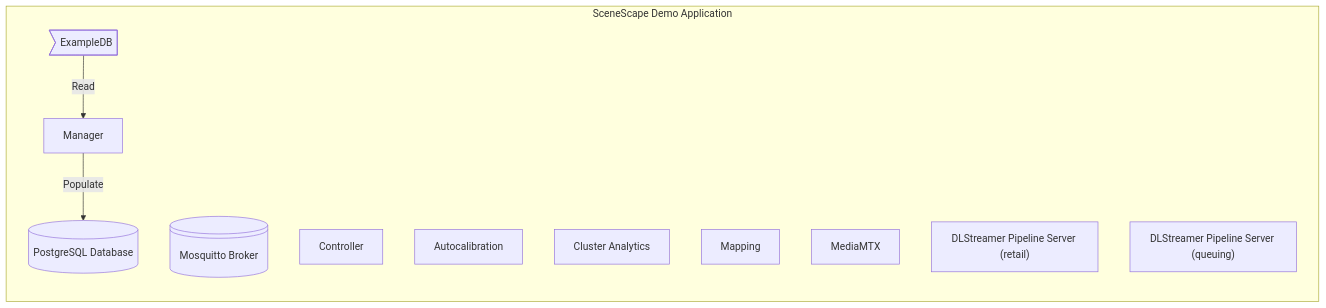
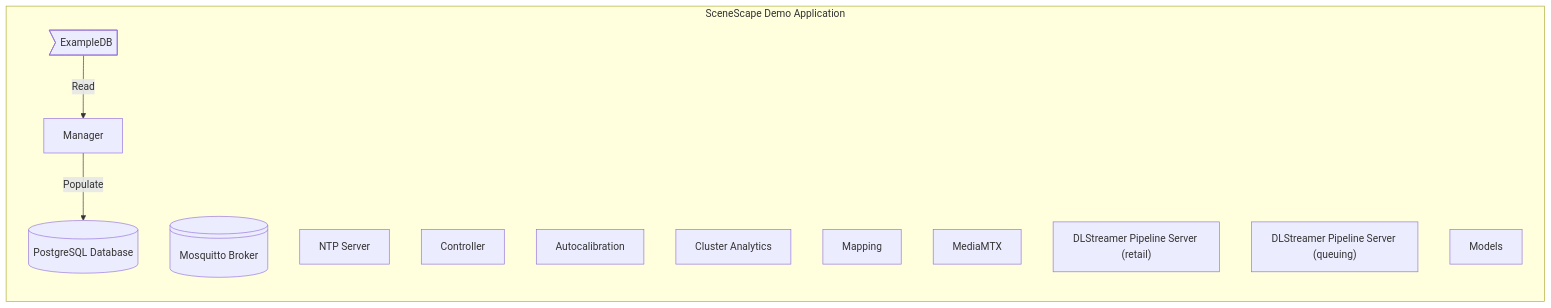
One commit to open-edge-platform/scenescape changed the first of 2 diagrams in docs/design/core-senescape-deployment-package.md. Above: the diagram before and after it, drawn with Mermaid. The commit also changed other lines of this file, not shown here.

Commit message:
added components

````diff
--- a/docs/design/core-senescape-deployment-package.md
+++ b/docs/design/core-senescape-deployment-package.md
@@ -41,19 +41,21 @@
 ```mermaid
 flowchart LR
   subgraph SceneScape Demo Application
     Postgres["PostgreSQL Database"]@{ shape: "cylinder" }
     Mosquitto["Mosquitto Broker"]@{ shape: "lin-cyl" }
+    NTP["NTP Server"]
     Manager["Manager"]
     Controller["Controller"]
     Autocalibration["Autocalibration"]
     ClusterAnalytics["Cluster Analytics"]
     Mapping["Mapping"]
     MediaMtx["MediaMTX"]
     ExampleDB@{ shape: "odd" }
     DLSPSRetail["DLStreamer Pipeline Server (retail)"]
     DLSPSSQueuing["DLStreamer Pipeline Server (queuing)"]
+    Models["Models"]
 
     ExampleDB -->|Read| Manager
     Manager -->|Populate| Postgres
   end
 ```
````
